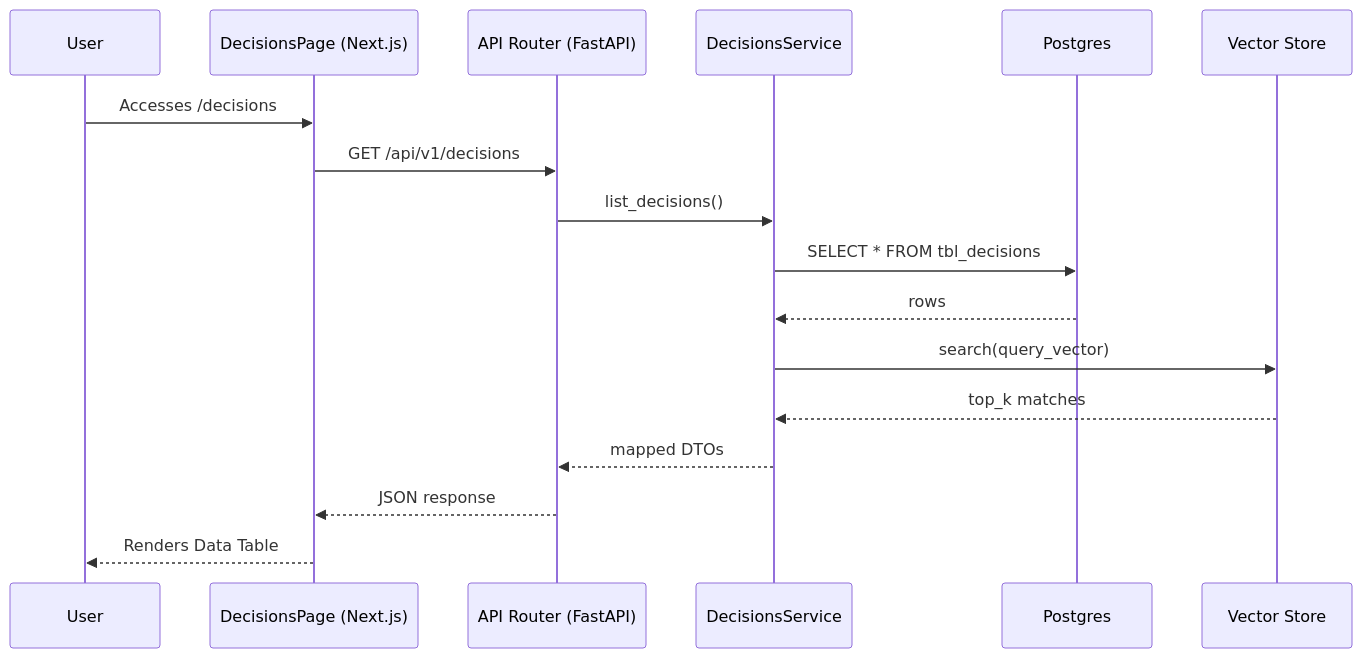
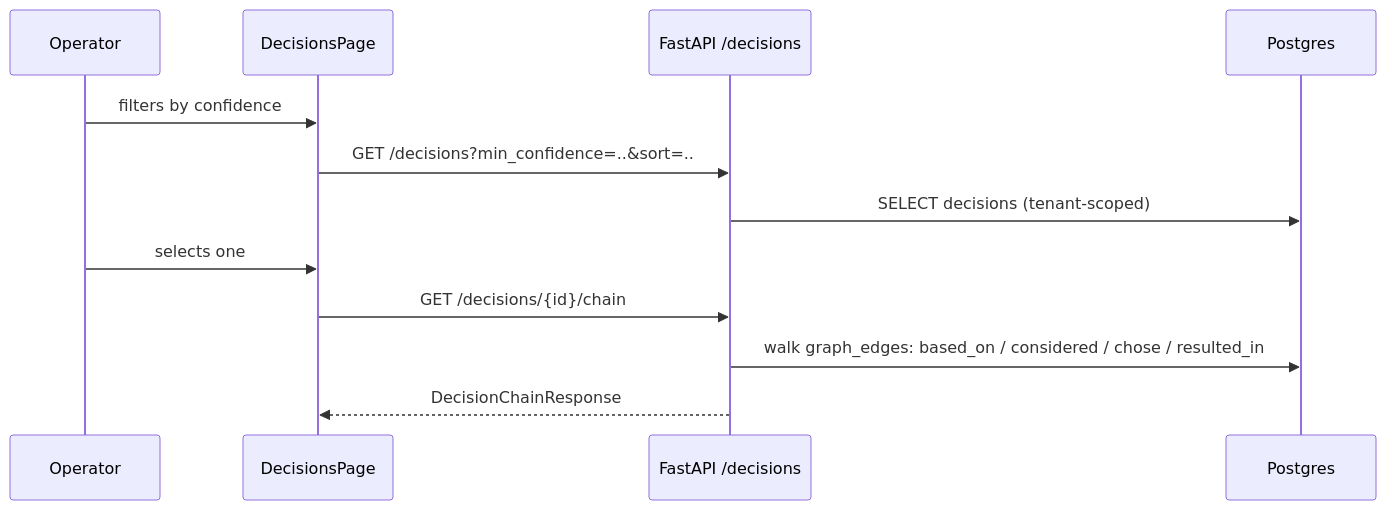
One commit to Valuedx/ContextEdge changed diagram 13 of 26 in docs/11_UI_Tabs_Explanation.md. Above: the diagram before and after it, drawn with Mermaid. The commit also changed other lines of this file and 48 other files, not shown here.

````diff
--- a/docs/11_UI_Tabs_Explanation.md
+++ b/docs/11_UI_Tabs_Explanation.md
@@ -1097,20 +1299,15 @@
 ```mermaid
 sequenceDiagram
-    participant User
-    participant Frontend as DecisionsPage (Next.js)
-    participant API as API Router (FastAPI)
-    participant Service as DecisionsService
+    participant Operator
+    participant Page as DecisionsPage
+    participant API as FastAPI /decisions
     participant DB as Postgres
-    participant Vector as Vector Store
-    
-    User->>Frontend: Accesses /decisions
-    Frontend->>API: GET /api/v1/decisions
-    API->>Service: list_decisions()
-    Service->>DB: SELECT * FROM tbl_decisions
-    DB-->>Service: rows
-    Service->>Vector: search(query_vector)
-    Vector-->>Service: top_k matches
-    Service-->>API: mapped DTOs
-    API-->>Frontend: JSON response
-    Frontend-->>User: Renders Data Table
+
+    Operator->>Page: filters by confidence
+    Page->>API: GET /decisions?min_confidence=..&sort=..
+    API->>DB: SELECT decisions (tenant-scoped)
+    Operator->>Page: selects one
+    Page->>API: GET /decisions/{id}/chain
+    API->>DB: walk graph_edges: based_on / considered / chose / resulted_in
+    API-->>Page: DecisionChainResponse
 ```
````
